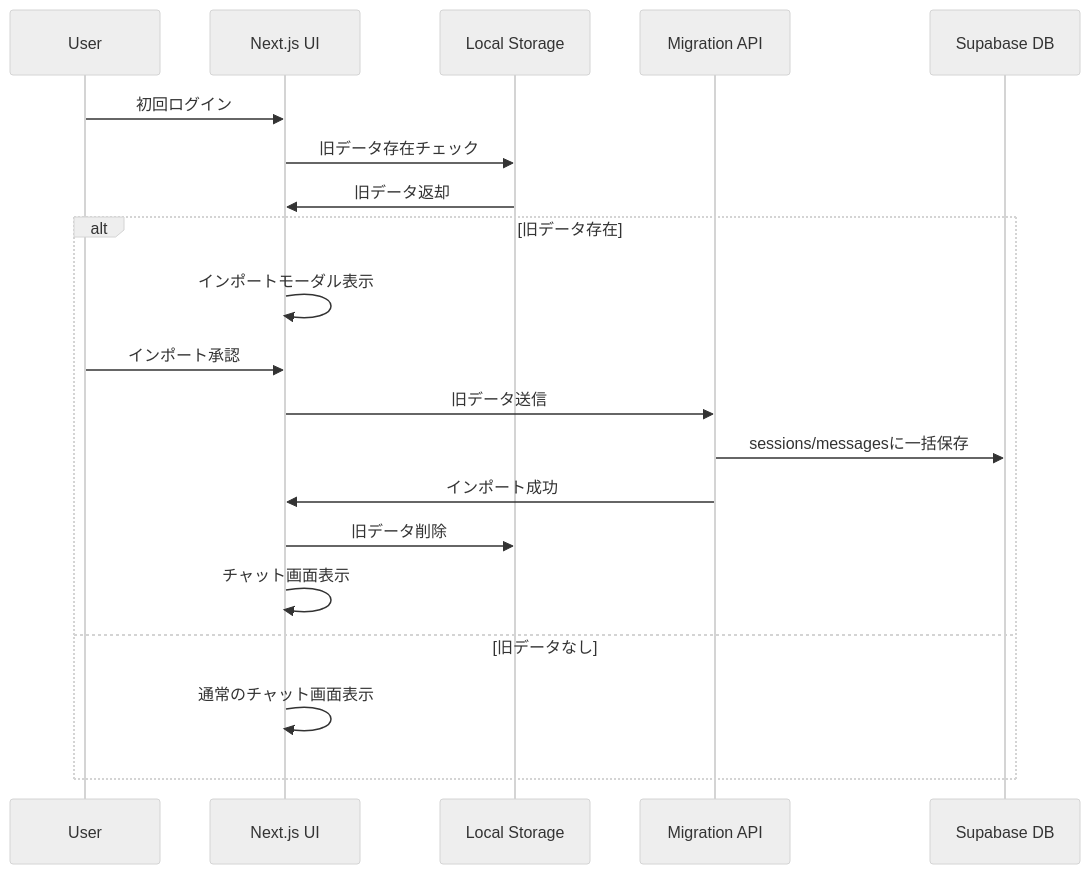
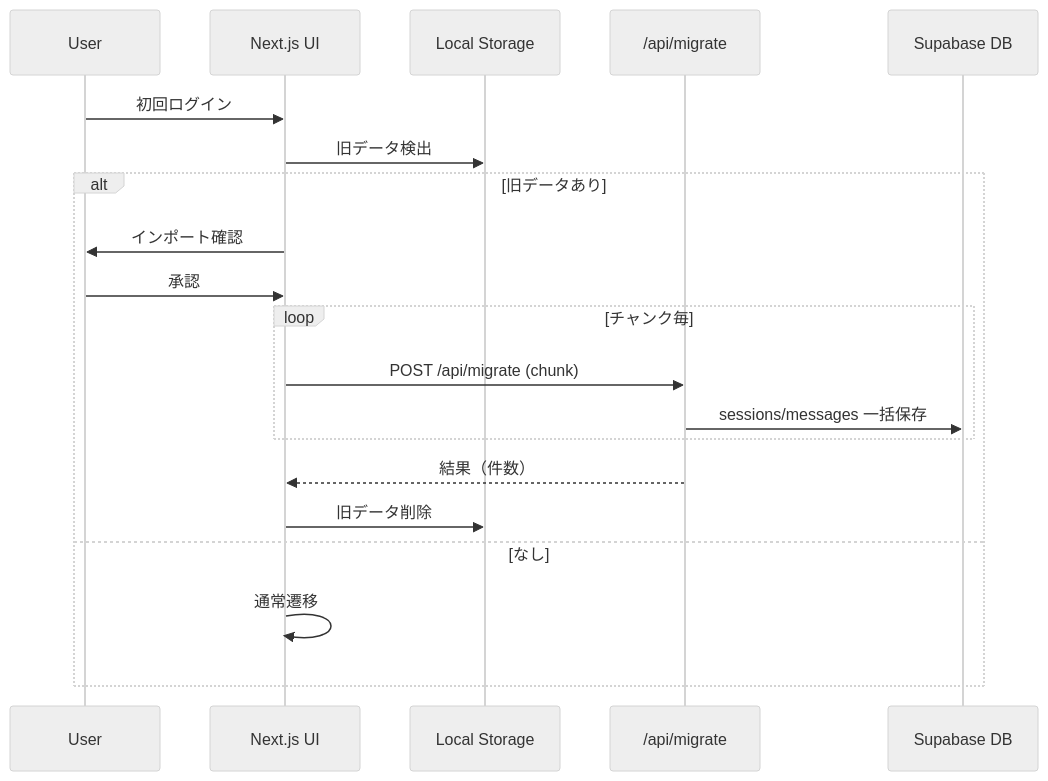
One commit to nunurio/chatmbti changed the fifth of 5 diagrams in .kiro/specs/mbti-chatbot-system/design.md. Above: the diagram before and after it, drawn with Mermaid (neutral theme). The commit also changed other lines of this file and 6 other files, not shown here.

First line of the commit message:
docs(changeset): add supabase-database-schema-implementation

````diff
--- a/.kiro/specs/mbti-chatbot-system/design.md
+++ b/.kiro/specs/mbti-chatbot-system/design.md
@@ -140,23 +162,23 @@
 ```mermaid
 sequenceDiagram
-    participant U as User
-    participant UI as Next.js UI
-    participant LS as Local Storage
-    participant API as Migration API
-    participant DB as Supabase DB
-    
-    U->>UI: 初回ログイン
-    UI->>LS: 旧データ存在チェック
-    LS->>UI: 旧データ返却
-    alt 旧データ存在
-        UI->>UI: インポートモーダル表示
-        U->>UI: インポート承認
-        UI->>API: 旧データ送信
-        API->>DB: sessions/messagesに一括保存
-        API->>UI: インポート成功
-        UI->>LS: 旧データ削除
-        UI->>UI: チャット画面表示
-    else 旧データなし
-        UI->>UI: 通常のチャット画面表示
+  participant U as User
+  participant UI as Next.js UI
+  participant LS as Local Storage
+  participant API as /api/migrate
+  participant DB as Supabase DB
+
+  U->>UI: 初回ログイン
+  UI->>LS: 旧データ検出
+  alt 旧データあり
+    UI->>U: インポート確認
+    U->>UI: 承認
+    loop チャンク毎
+      UI->>API: POST /api/migrate (chunk)
+      API->>DB: sessions/messages 一括保存
     end
+    API-->>UI: 結果（件数）
+    UI->>LS: 旧データ削除
+  else なし
+    UI->>UI: 通常遷移
+  end
 ```
````
